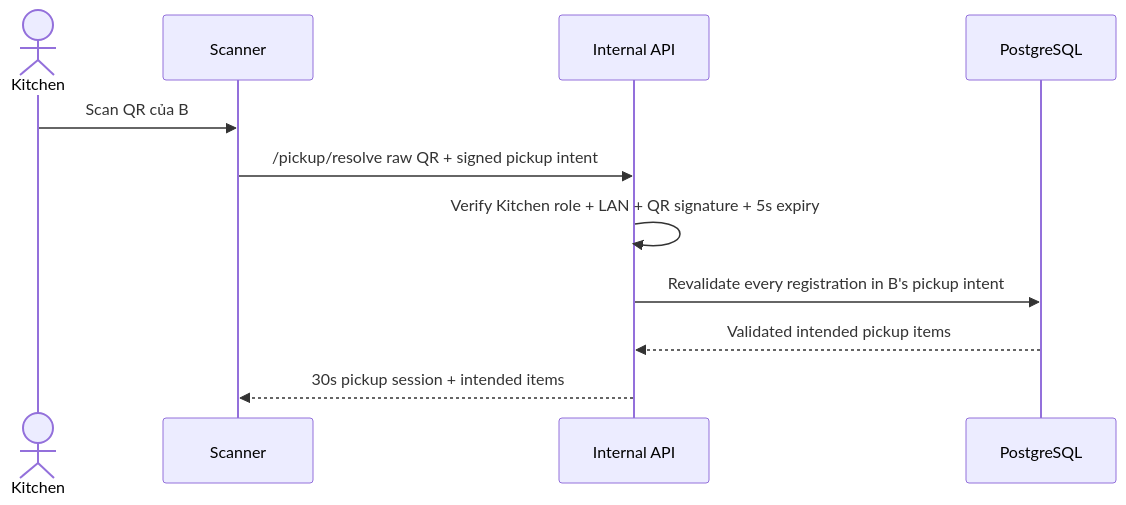
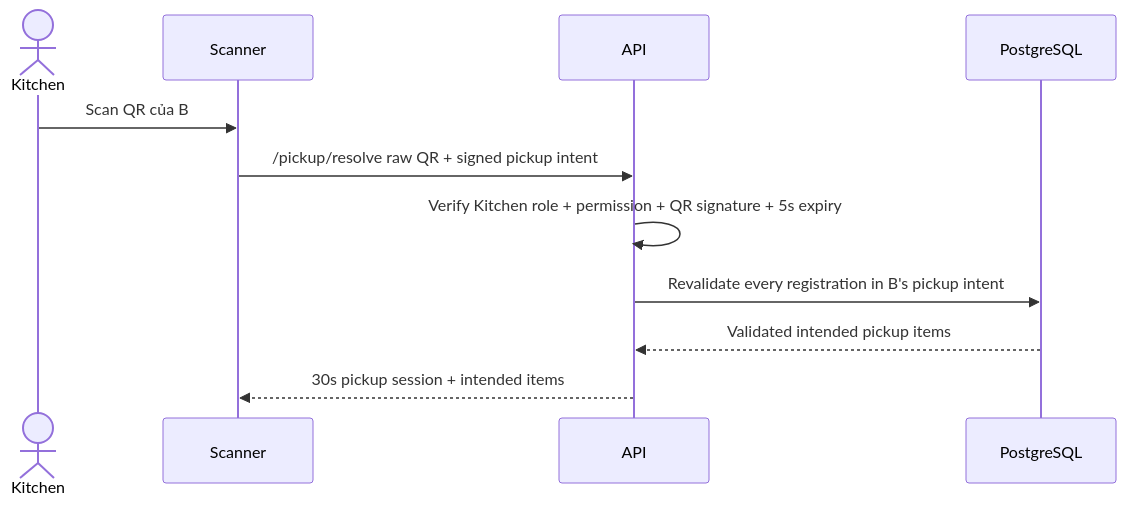
Before and after one commit to Wkiugt/IMeal-v3: the fifth of 6 diagrams in docs/03-product-flows.md, drawn with Mermaid. The commit also changed other lines of this file and 10 other files, not shown here.

````diff
--- a/docs/03-product-flows.md
+++ b/docs/03-product-flows.md
@@ -398,14 +388,14 @@
 ```mermaid
 sequenceDiagram
     actor K as Kitchen
     participant SC as Scanner
-    participant API as Internal API
+    participant API as API
     participant DB as PostgreSQL
 
     K->>SC: Scan QR của B
     SC->>API: /pickup/resolve raw QR + signed pickup intent
-    API->>API: Verify Kitchen role + LAN + QR signature + 5s expiry
+    API->>API: Verify Kitchen role + permission + QR signature + 5s expiry
     API->>DB: Revalidate every registration in B's pickup intent
     DB-->>API: Validated intended pickup items
     API-->>SC: 30s pickup session + intended items
 ```
````
